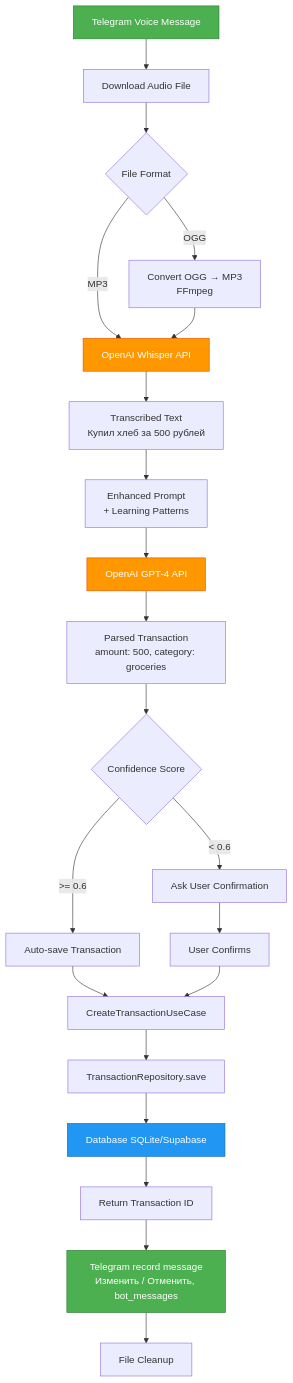
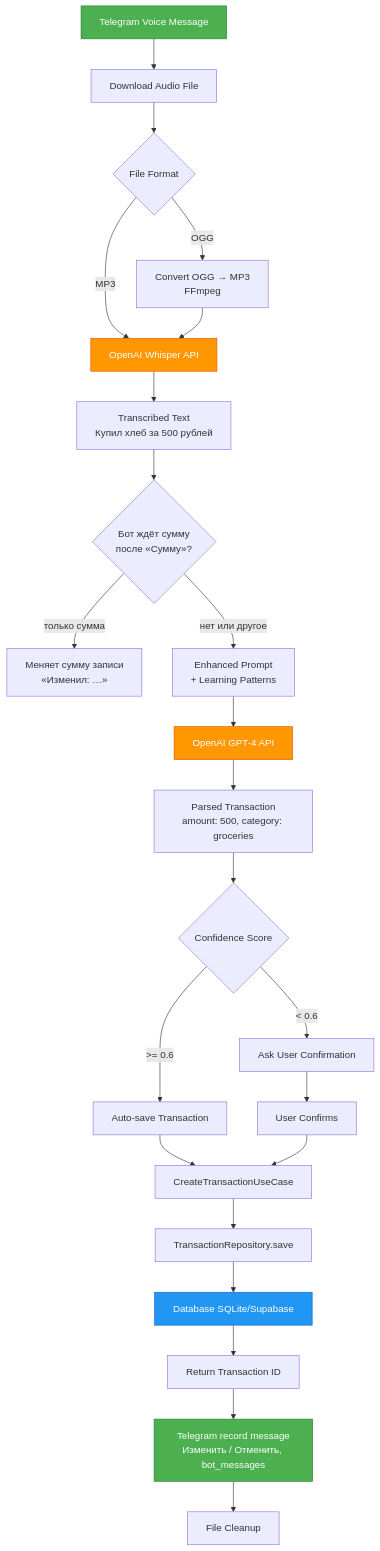
The diagram in docs/knowledge-base/07-data-flow/voice-to-transaction.md (chollak/finance-tracker-backend), drawn with Mermaid before and after one commit. The commit also changed other lines of this file and 16 other files, not shown here.

````diff
--- a/docs/knowledge-base/07-data-flow/voice-to-transaction.md
+++ b/docs/knowledge-base/07-data-flow/voice-to-transaction.md
@@ -29,29 +29,31 @@
 ```mermaid
 flowchart TD
     A[Telegram Voice Message] --> B[Download Audio File]
     B --> C{File Format}
     C -->|OGG| D[Convert OGG → MP3<br/>FFmpeg]
     C -->|MP3| E[OpenAI Whisper API]
     D --> E
     E --> F[Transcribed Text<br/>Купил хлеб за 500 рублей]
-    F --> G[Enhanced Prompt<br/>+ Learning Patterns]
+    F --> F1{Бот ждёт сумму<br/>после «Сумму»?}
+    F1 -->|только сумма| F2[Меняет сумму записи<br/>«Изменил: …»]
+    F1 -->|нет или другое| G[Enhanced Prompt<br/>+ Learning Patterns]
     G --> H[OpenAI GPT-4 API]
     H --> I[Parsed Transaction<br/>amount: 500, category: groceries]
     I --> J{Confidence Score}
     J -->|>= 0.6| K[Auto-save Transaction]
     J -->|< 0.6| L[Ask User Confirmation]
     K --> M[CreateTransactionUseCase]
     L --> N[User Confirms]
     N --> M
     M --> O[TransactionRepository.save]
     O --> P[Database SQLite/Supabase]
     P --> Q[Return Transaction ID]
     Q --> R[Telegram record message<br/>Изменить / Отменить, bot_messages]
     R --> S[File Cleanup]
 
     style A fill:#4CAF50,stroke:#2E7D32,color:#fff
     style E fill:#FF9800,stroke:#E65100,color:#fff
     style H fill:#FF9800,stroke:#E65100,color:#fff
     style P fill:#2196F3,stroke:#1565C0,color:#fff
     style R fill:#4CAF50,stroke:#2E7D32,color:#fff
 ```
````
